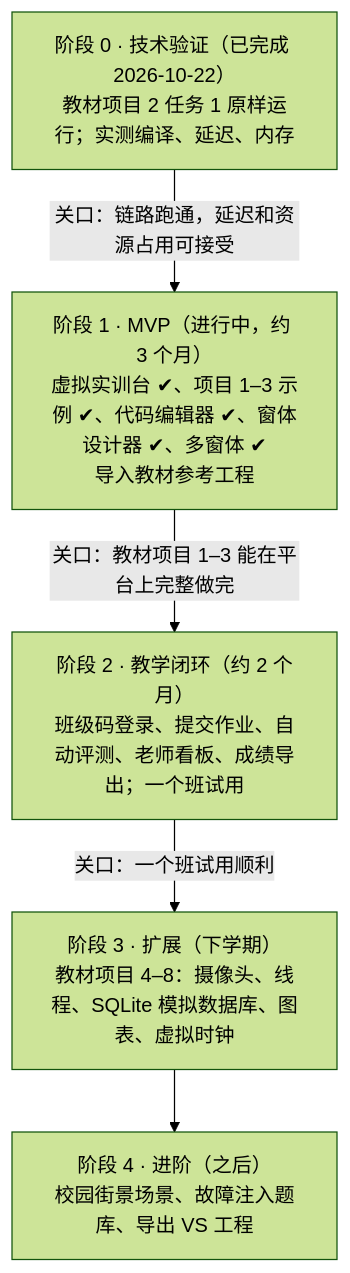
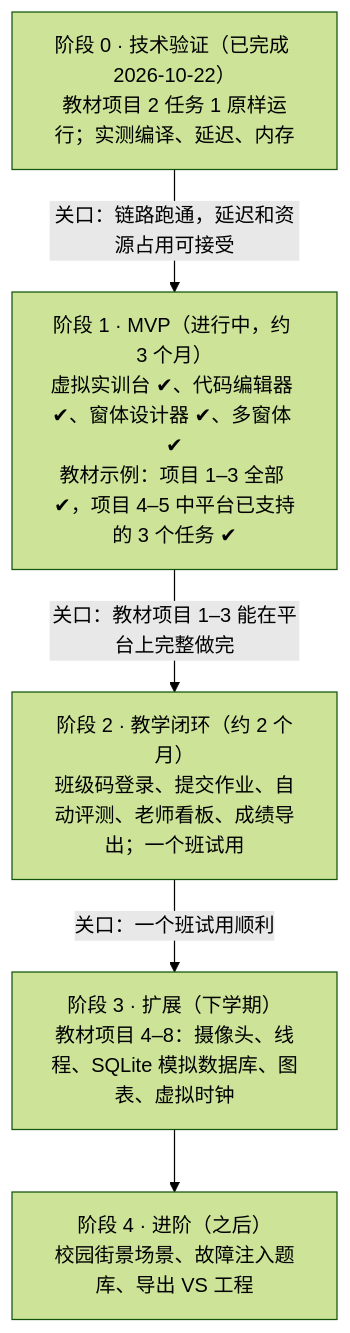
The second of 2 diagrams in docs/设计方案.md (yuetsh/IOT_SIM), drawn with Mermaid (forest theme) before and after one commit. The commit also changed other lines of this file and 21 other files, not shown here.

````diff
--- a/docs/设计方案.md
+++ b/docs/设计方案.md
@@ -227,12 +227,12 @@
 ```mermaid
 flowchart TB
   P0["阶段 0 · 技术验证（已完成 2026-10-22）<br/>教材项目 2 任务 1 原样运行；实测编译、延迟、内存"]
-  P1["阶段 1 · MVP（进行中，约 3 个月）<br/>虚拟实训台 ✔、项目 1–3 示例 ✔、代码编辑器 ✔、窗体设计器 ✔、多窗体 ✔<br/>导入教材参考工程"]
+  P1["阶段 1 · MVP（进行中，约 3 个月）<br/>虚拟实训台 ✔、代码编辑器 ✔、窗体设计器 ✔、多窗体 ✔<br/>教材示例：项目 1–3 全部 ✔，项目 4–5 中平台已支持的 3 个任务 ✔"]
   P2["阶段 2 · 教学闭环（约 2 个月）<br/>班级码登录、提交作业、自动评测、老师看板、成绩导出；一个班试用"]
   P3["阶段 3 · 扩展（下学期）<br/>教材项目 4–8：摄像头、线程、SQLite 模拟数据库、图表、虚拟时钟"]
   P4["阶段 4 · 进阶（之后）<br/>校园街景场景、故障注入题库、导出 VS 工程"]
   P0 -->|"关口：链路跑通，延迟和资源占用可接受"| P1
   P1 -->|"关口：教材项目 1–3 能在平台上完整做完"| P2
   P2 -->|"关口：一个班试用顺利"| P3
   P3 --> P4
 ```
````
